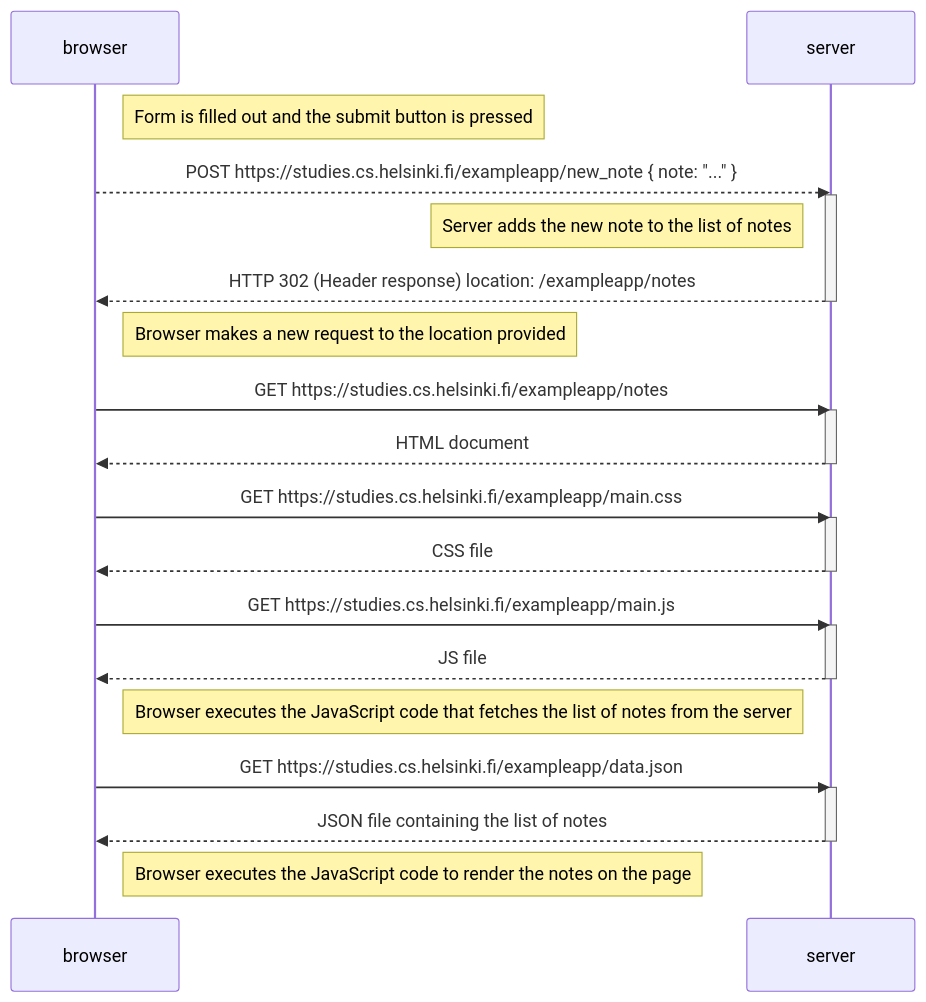
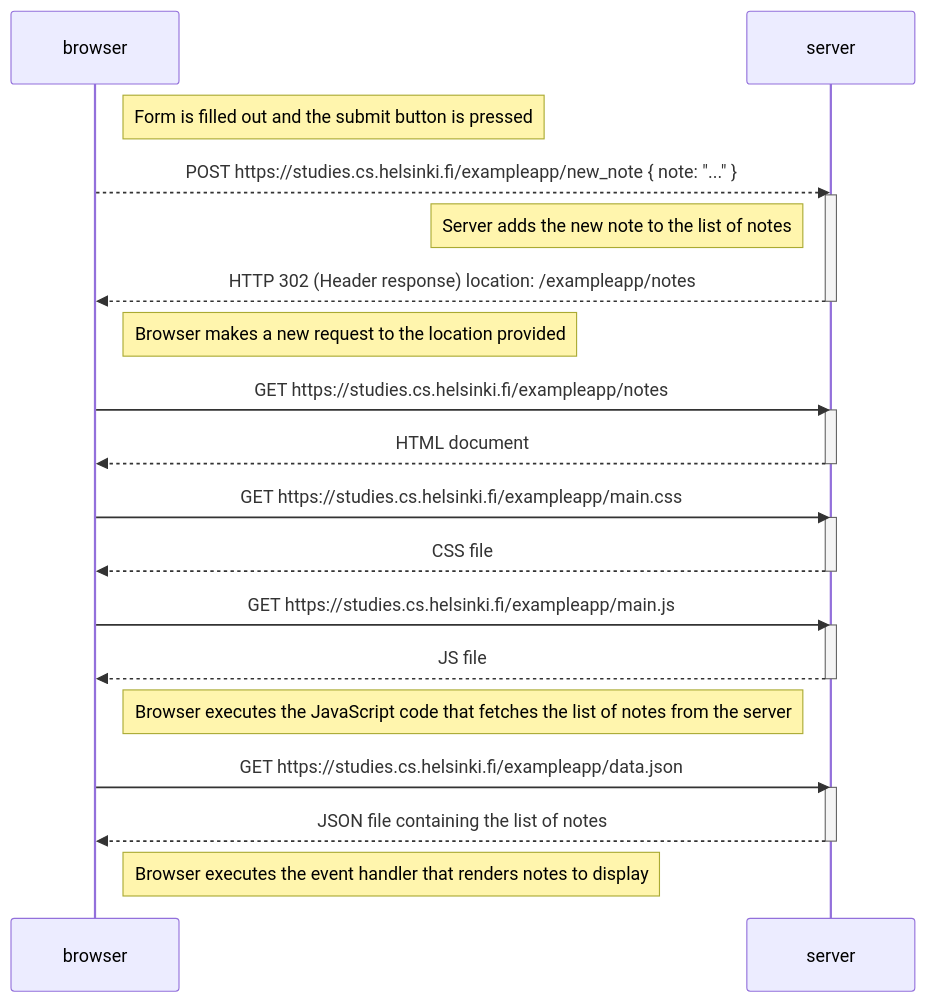
Before and after one commit to IRypSDev/fullstackopen: the diagram in part0/0.4_NewNoteDiagram/newNoteDiagram.md, drawn with Mermaid. The commit also changed 1 other file, not shown here.

Commit message:
minfix exercise 0.4

````diff
--- a/part0/0.4_NewNoteDiagram/newNoteDiagram.md
+++ b/part0/0.4_NewNoteDiagram/newNoteDiagram.md
@@ -5,40 +5,40 @@
 ```mermaid
 
 sequenceDiagram
     participant browser
     participant server
 
     Note right of browser: Form is filled out and the submit button is pressed
     browser-->>server: POST https://studies.cs.helsinki.fi/exampleapp/new_note { note: "..." }
     activate server
     Note left of server: Server adds the new note to the list of notes 
     server-->>browser: HTTP 302 (Header response) location: /exampleapp/notes
     deactivate server
 
     Note right of browser: Browser makes a new request to the location provided
 
     browser->>server: GET https://studies.cs.helsinki.fi/exampleapp/notes
     activate server
     server-->>browser: HTML document
     deactivate server
 
     browser->>server: GET https://studies.cs.helsinki.fi/exampleapp/main.css
     activate server
     server-->>browser: CSS file
     deactivate server
 
     browser->>server: GET https://studies.cs.helsinki.fi/exampleapp/main.js
     activate server
     server-->>browser: JS file
     deactivate server
 
     Note right of browser: Browser executes the JavaScript code that fetches the list of notes from the server
 
     browser->>server: GET https://studies.cs.helsinki.fi/exampleapp/data.json
     activate server
     server-->>browser: JSON file containing the list of notes
     deactivate server
 
-    Note right of browser: Browser executes the JavaScript code to render the notes on the page
+    Note right of browser: Browser executes the event handler that renders notes to display
 
 ```
````
